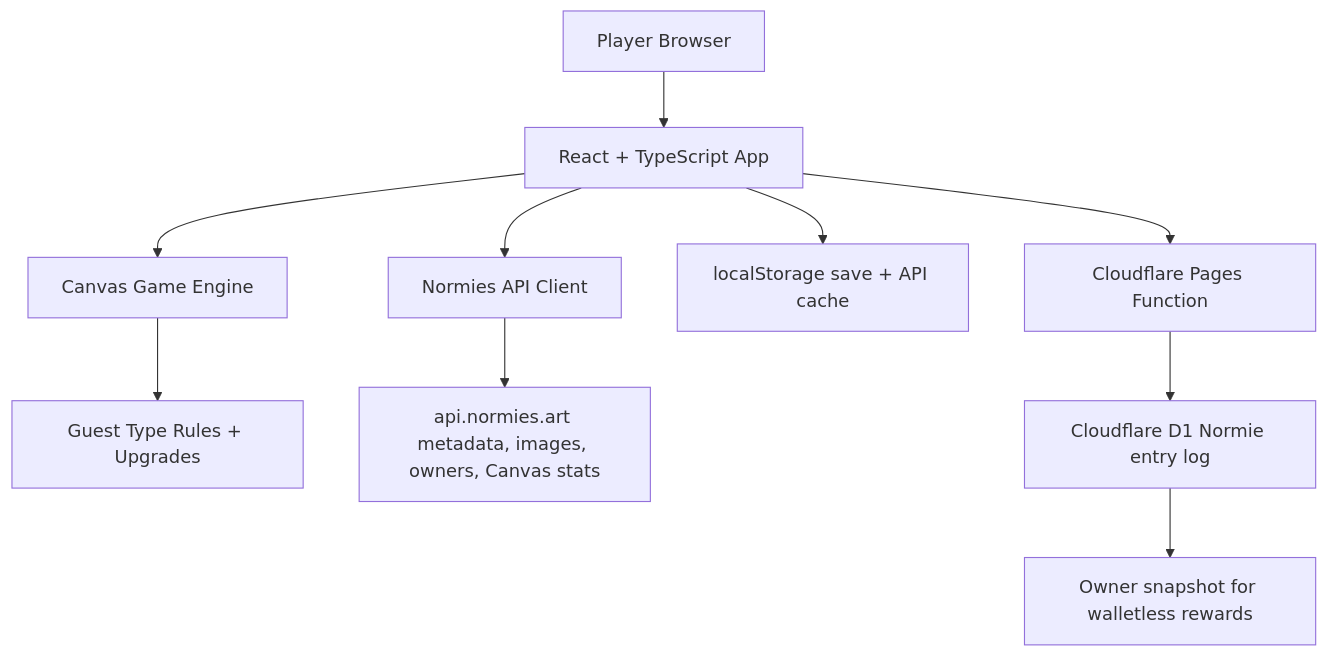
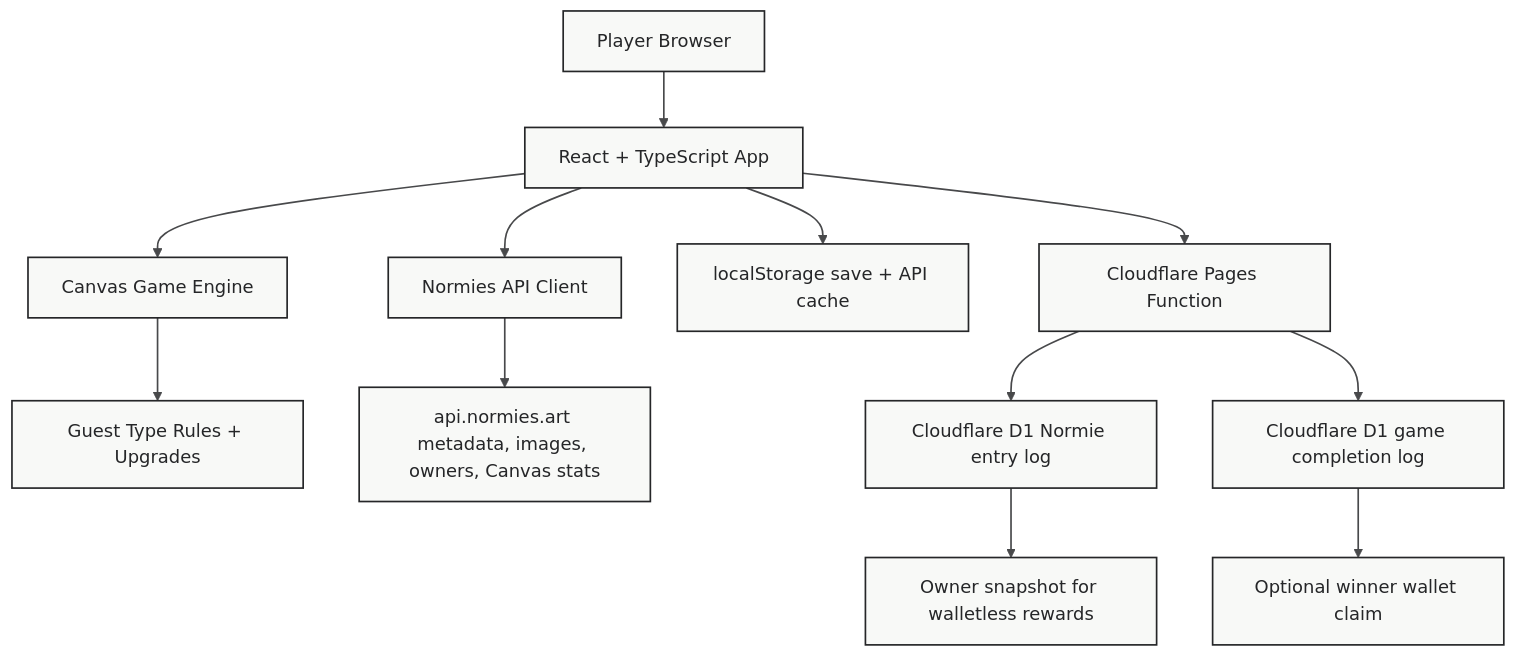
One commit to bitpixi2/dead-and-breakfast changed the first of 2 diagrams in README.md. Above: the diagram before and after it, drawn with Mermaid. The commit also changed other lines of this file and 15 other files, not shown here.

````diff
--- a/README.md
+++ b/README.md
@@ -53,12 +53,17 @@
 ```mermaid
 flowchart TD
   A["Player Browser"] --> B["React + TypeScript App"]
   B --> C["Canvas Game Engine"]
   C --> D["Guest Type Rules + Upgrades"]
   B --> E["Normies API Client"]
   E --> F["api.normies.art metadata, images, owners, Canvas stats"]
   B --> G["localStorage save + API cache"]
   B --> H["Cloudflare Pages Function"]
   H --> I["Cloudflare D1 Normie entry log"]
   I --> J["Owner snapshot for walletless rewards"]
+  H --> K["Cloudflare D1 game completion log"]
+  K --> L["Optional winner wallet claim"]
+
+  classDef default fill:#f8f9f7,color:#252628,stroke:#252628,stroke-width:1.5px;
+  linkStyle default stroke:#48494b,stroke-width:1.5px;
 ```
````
